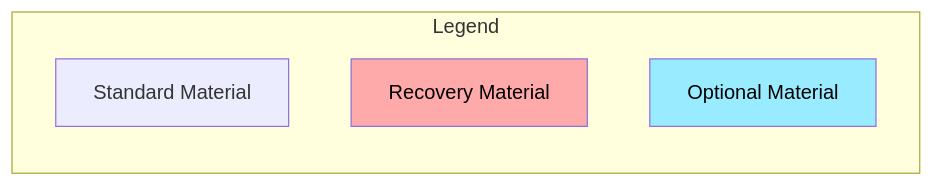
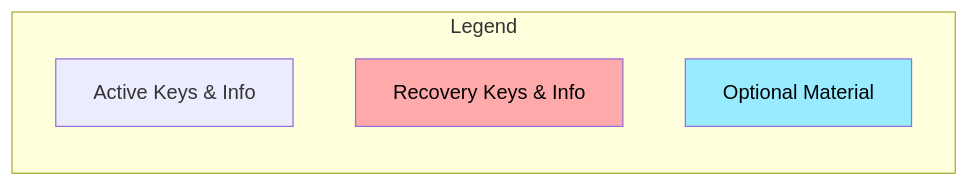
The eighth of 60 diagrams in Docs/Scenario-Multisig.md (BlockchainCommons/SmartCustody), drawn with Mermaid before and after one commit. The commit also changed other lines of this file, not shown here.

````diff
--- a/Docs/Scenario-Multisig.md
+++ b/Docs/Scenario-Multisig.md
@@ -317,13 +319,13 @@
 ```mermaid
     graph BT
     linkStyle default stroke-width: 0px
 
     subgraph cloud["Legend"]
-    A["Standard Material"]
-    B["Recovery Material"]
+    A["Active Keys & Info"]
+    B["Recovery Keys & Info"]
     C["Optional Material"]
     end
     
     style B color:#000,fill:#ffaaaa;
     style C color:#000,fill:#99ebff;
 ```
````
